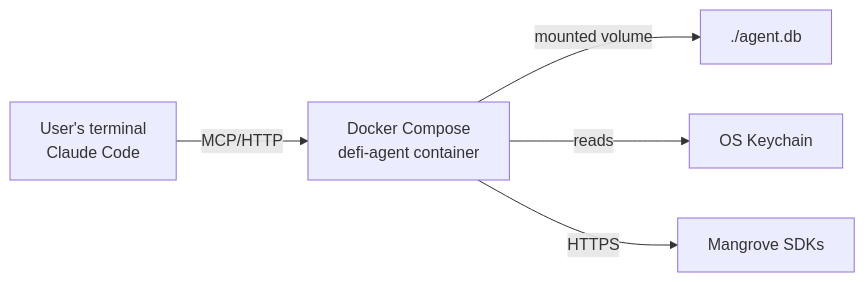
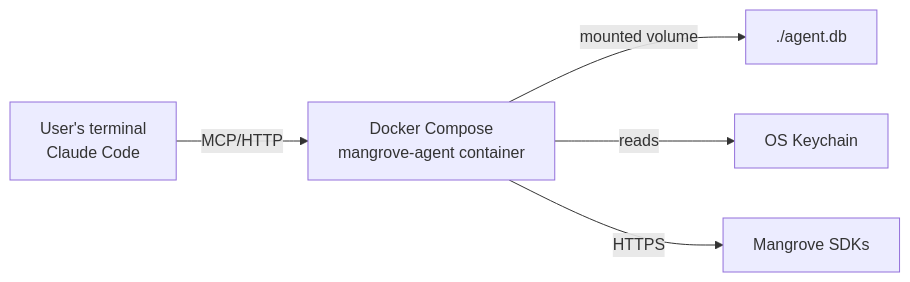
Before and after one commit to MangroveTechnologies/mangrove-agent: the ninth of 9 diagrams in docs/architecture.md, drawn with Mermaid. The commit also changed other lines of this file and 55 other files, not shown here.

First line of the commit message:
refactor(rename): app-in-a-box / defi-agent → mangrove-agent

````diff
--- a/docs/architecture.md
+++ b/docs/architecture.md
@@ -646,7 +646,7 @@
 ```mermaid
 graph LR
-    User[User's terminal<br/>Claude Code] -->|MCP/HTTP| Docker[Docker Compose<br/>defi-agent container]
+    User[User's terminal<br/>Claude Code] -->|MCP/HTTP| Docker[Docker Compose<br/>mangrove-agent container]
     Docker -->|mounted volume| Volume[./agent.db]
     Docker -->|reads| Keychain[OS Keychain]
     Docker -->|HTTPS| Mangrove[Mangrove SDKs]
 ```
````
